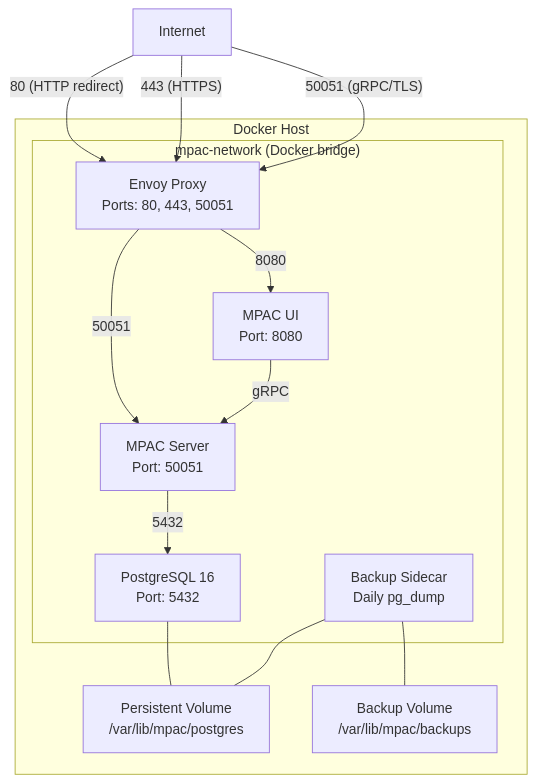
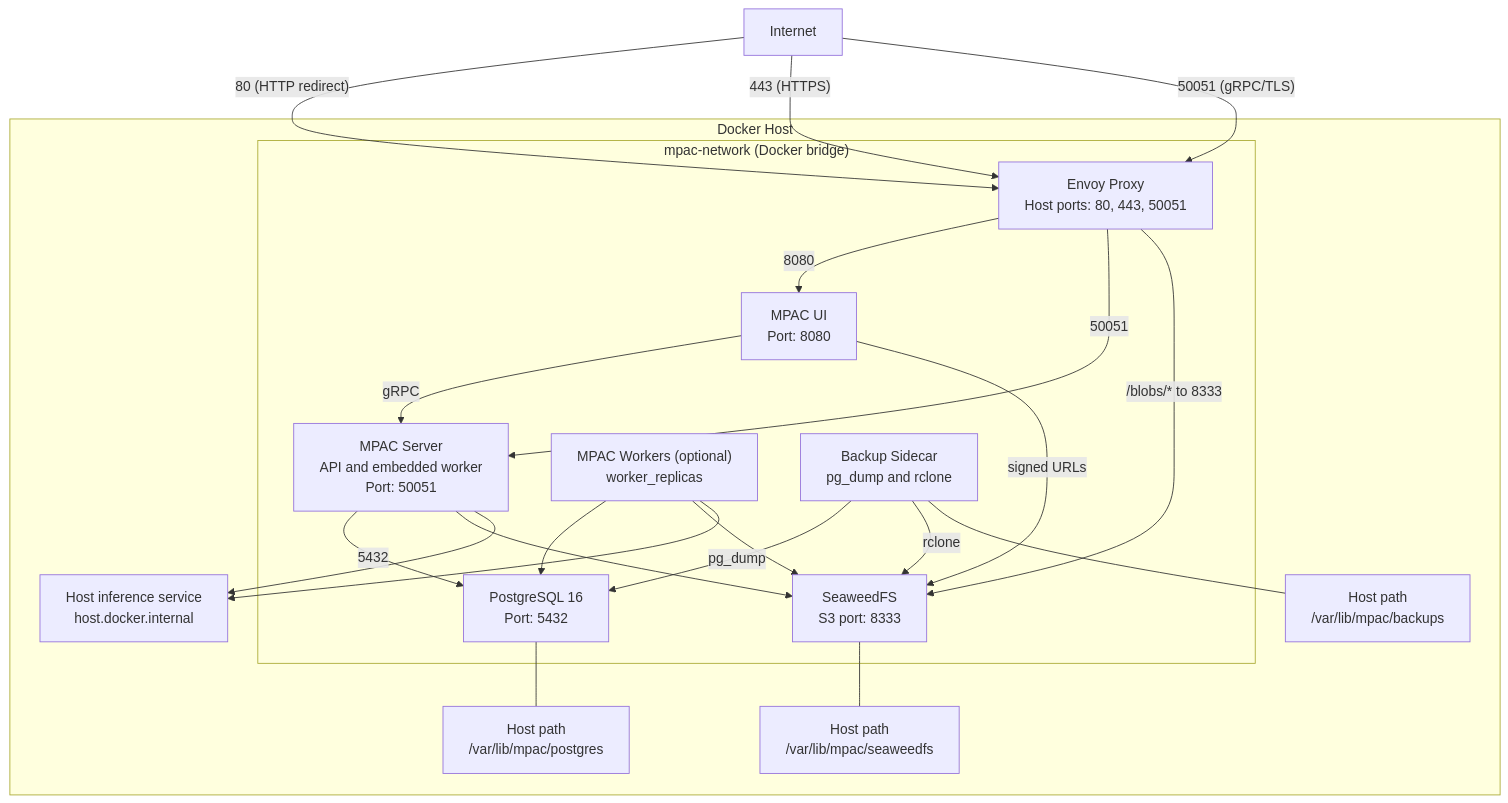
The seventh of 8 diagrams in docs/mpac_guide.md (pelidum/mpac), drawn with Mermaid before and after one commit. The commit also changed other lines of this file and 286 other files, not shown here.

````diff
--- a/docs/mpac_guide.md
+++ b/docs/mpac_guide.md
@@ -965,27 +1175,40 @@
 ```mermaid
 flowchart TB
     Internet["Internet"]
 
     subgraph Host["Docker Host"]
         subgraph Network["mpac-network (Docker bridge)"]
-            Envoy["Envoy Proxy\nPorts: 80, 443, 50051"]
+            Envoy["Envoy Proxy\nHost ports: 80, 443, 50051"]
             UI["MPAC UI\nPort: 8080"]
-            Server["MPAC Server\nPort: 50051"]
+            Server["MPAC Server\nAPI and embedded worker\nPort: 50051"]
+            Workers["MPAC Workers (optional)\nworker_replicas"]
             PG["PostgreSQL 16\nPort: 5432"]
-            Backup["Backup Sidecar\nDaily pg_dump"]
+            Seaweed["SeaweedFS\nS3 port: 8333"]
+            Backup["Backup Sidecar\npg_dump and rclone"]
         end
-        PGData["Persistent Volume\n/var/lib/mpac/postgres"]
-        BackupData["Backup Volume\n/var/lib/mpac/backups"]
+        PGData["Host path\n/var/lib/mpac/postgres"]
+        BlobData["Host path\n/var/lib/mpac/seaweedfs"]
+        BackupData["Host path\n/var/lib/mpac/backups"]
+        Inference["Host inference service\nhost.docker.internal"]
     end
 
     Internet -->|"80 (HTTP redirect)"| Envoy
     Internet -->|"443 (HTTPS)"| Envoy
     Internet -->|"50051 (gRPC/TLS)"| Envoy
     Envoy -->|"8080"| UI
     Envoy -->|"50051"| Server
+    Envoy -->|"/blobs/* to 8333"| Seaweed
     UI -->|"gRPC"| Server
+    UI -->|"signed URLs"| Seaweed
     Server -->|"5432"| PG
+    Server --> Seaweed
+    Server --> Inference
+    Workers --> PG
+    Workers --> Seaweed
+    Workers --> Inference
+    Backup -->|"pg_dump"| PG
+    Backup -->|"rclone"| Seaweed
     PG --- PGData
-    Backup --- PGData
+    Seaweed --- BlobData
     Backup --- BackupData
 ```
````
